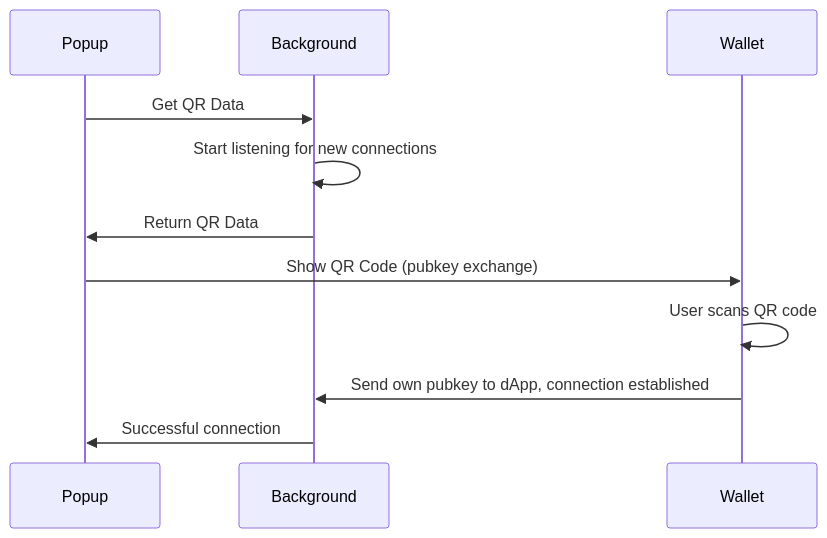
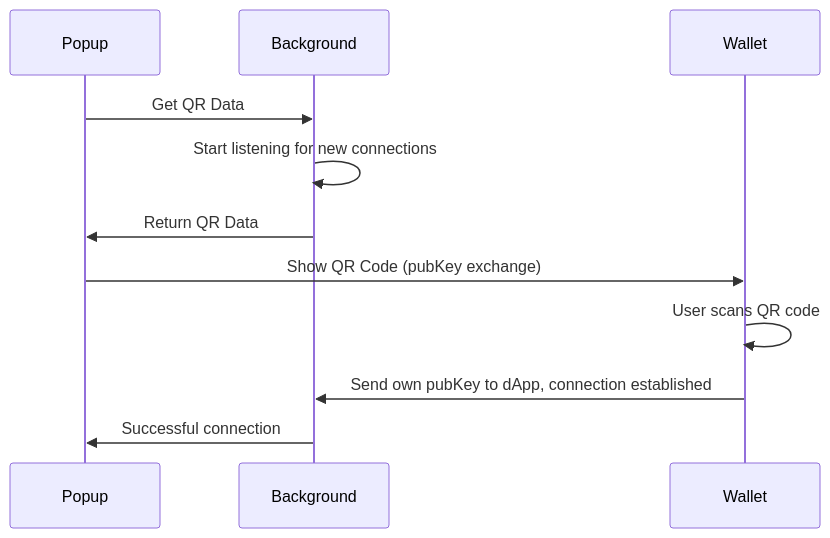
Before and after one commit to airgap-it/beacon-sdk: the first of 5 diagrams in docs/flows/P2PExtension.md, drawn with Mermaid. The commit also changed 7 other files, not shown here.

Commit message:
feat(pubKey): rename pubkey to pubKey

````diff
--- a/docs/flows/P2PExtension.md
+++ b/docs/flows/P2PExtension.md
@@ -5,10 +5,10 @@
 ```mermaid
 sequenceDiagram
     Popup->>Background: Get QR Data
     Background->>Background: Start listening for new connections
     Background->>Popup: Return QR Data
-    Popup->>Wallet: Show QR Code (pubkey exchange)
+    Popup->>Wallet: Show QR Code (pubKey exchange)
     Wallet->>Wallet: User scans QR code
-    Wallet->>Background: Send own pubkey to dApp, connection established
+    Wallet->>Background: Send own pubKey to dApp, connection established
     Background->>Popup: Successful connection
 ```
````
